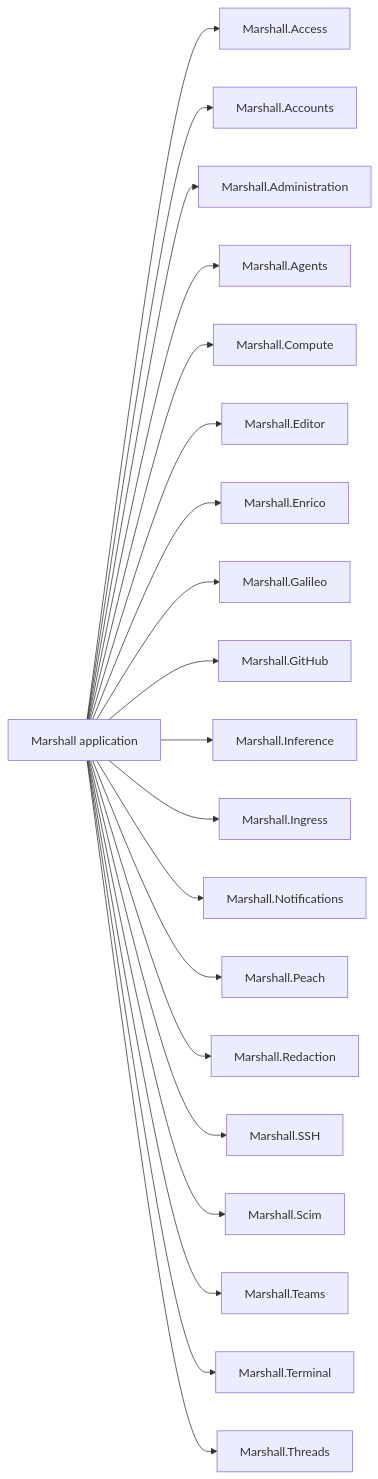
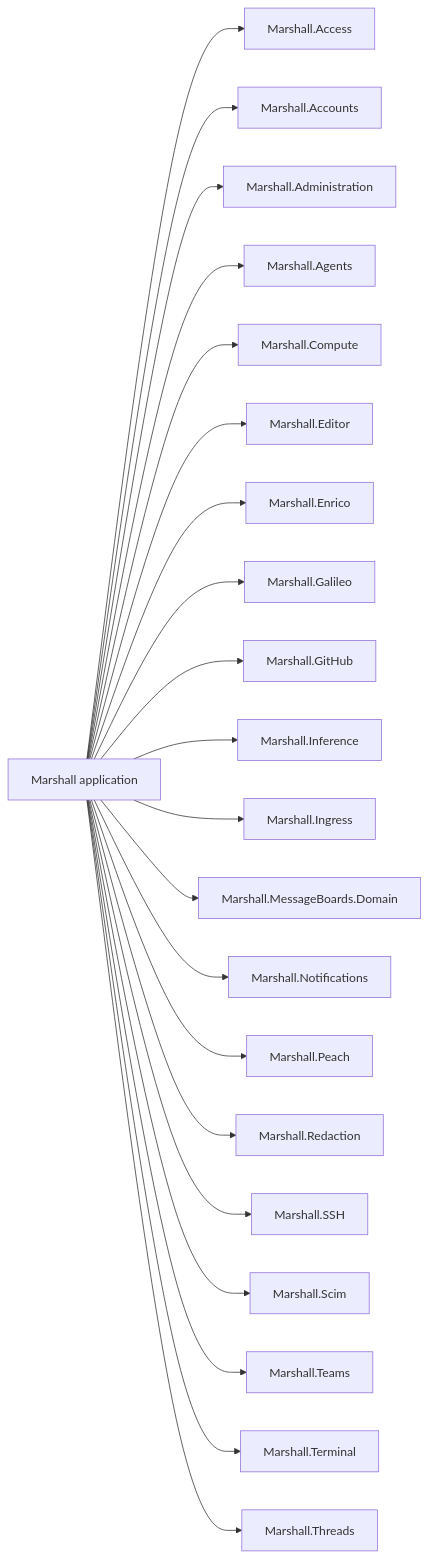
Before and after one commit to dlkeith-p-forks/overalls: the fifth of 8 diagrams in marshall/priv/hldd/21-domains.md, drawn with Mermaid. The commit also changed other lines of this file and 158 other files, not shown here.

````diff
--- a/marshall/priv/hldd/21-domains.md
+++ b/marshall/priv/hldd/21-domains.md
@@ -167,23 +174,24 @@
 ```mermaid
 flowchart LR
   app["Marshall application"]
   app --> d0["Marshall.Access"]
   app --> d1["Marshall.Accounts"]
   app --> d2["Marshall.Administration"]
   app --> d3["Marshall.Agents"]
   app --> d4["Marshall.Compute"]
   app --> d5["Marshall.Editor"]
   app --> d6["Marshall.Enrico"]
   app --> d7["Marshall.Galileo"]
   app --> d8["Marshall.GitHub"]
   app --> d9["Marshall.Inference"]
   app --> d10["Marshall.Ingress"]
-  app --> d11["Marshall.Notifications"]
-  app --> d12["Marshall.Peach"]
-  app --> d13["Marshall.Redaction"]
-  app --> d14["Marshall.SSH"]
-  app --> d15["Marshall.Scim"]
-  app --> d16["Marshall.Teams"]
-  app --> d17["Marshall.Terminal"]
-  app --> d18["Marshall.Threads"]
+  app --> d11["Marshall.MessageBoards.Domain"]
+  app --> d12["Marshall.Notifications"]
+  app --> d13["Marshall.Peach"]
+  app --> d14["Marshall.Redaction"]
+  app --> d15["Marshall.SSH"]
+  app --> d16["Marshall.Scim"]
+  app --> d17["Marshall.Teams"]
+  app --> d18["Marshall.Terminal"]
+  app --> d19["Marshall.Threads"]
 ```
````
